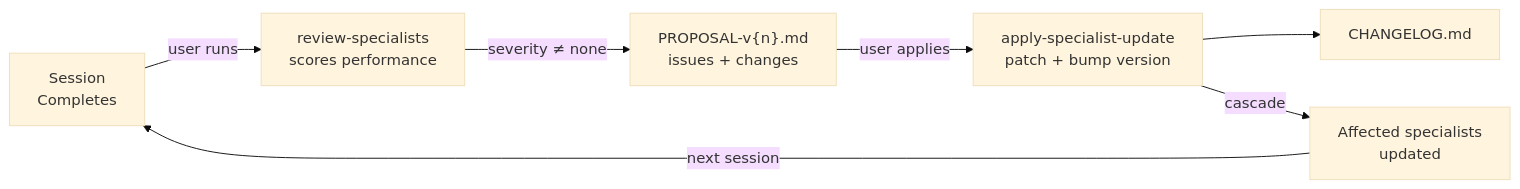
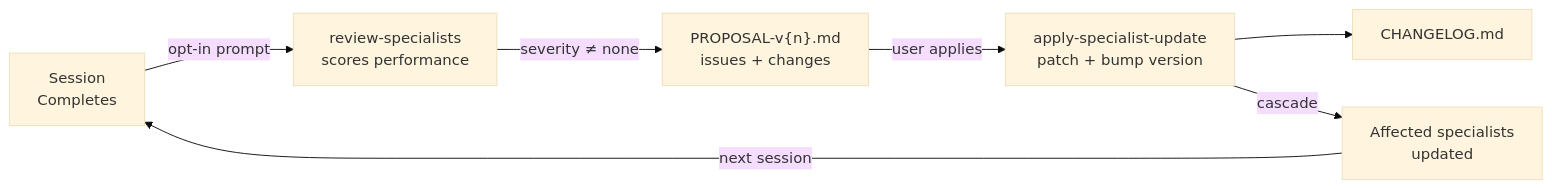
One commit to aryan-curiel/agora changed the third of 3 diagrams in docs/presentation/slides.md. Above: the diagram before and after it, drawn with Mermaid (base theme). The commit also changed other lines of this file and 7 other files, not shown here.

First line of the commit message:
Update docs and diagrams to reflect cost optimization changes

````diff
--- a/docs/presentation/slides.md
+++ b/docs/presentation/slides.md
@@ -591,9 +595,9 @@
 ```mermaid
 graph LR
-    A[Session\nCompletes] -->|user runs| B[review-specialists\nscores performance]
+    A[Session\nCompletes] -->|opt-in prompt| B[review-specialists\nscores performance]
     B -->|severity ≠ none| C["PROPOSAL-v{n}.md\nissues + changes"]
     C -->|user applies| D[apply-specialist-update\npatch + bump version]
     D --> E[CHANGELOG.md]
     D -->|cascade| F[Affected specialists\nupdated]
     F -->|next session| A
 ```
````
